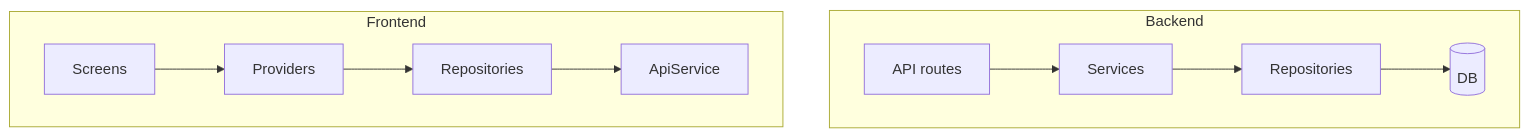
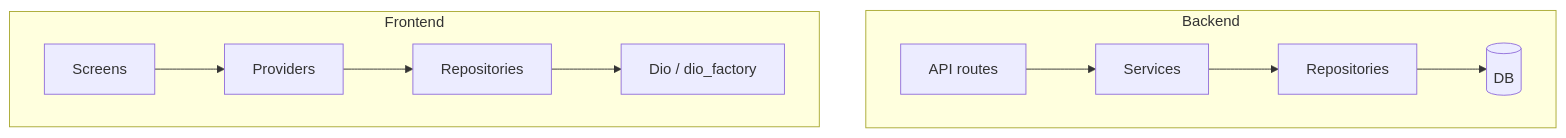
Before and after one commit to ShafkatWaheed/Crowd-Funding-Event: the diagram in feature_imp/75-three-layer-architecture.md, drawn with Mermaid. The commit also changed other lines of this file and 9 other files, not shown here.

````diff
--- a/feature_imp/75-three-layer-architecture.md
+++ b/feature_imp/75-three-layer-architecture.md
@@ -48,17 +53,17 @@
 ```mermaid
 flowchart TB
   subgraph backend [Backend]
     A[API routes]
     B[Services]
     C[Repositories]
     D[(DB)]
     A --> B --> C --> D
   end
   subgraph frontend [Frontend]
     E[Screens]
     F[Providers]
     G[Repositories]
-    H[ApiService]
+    H[Dio / dio_factory]
     E --> F --> G --> H
   end
 ```
````
